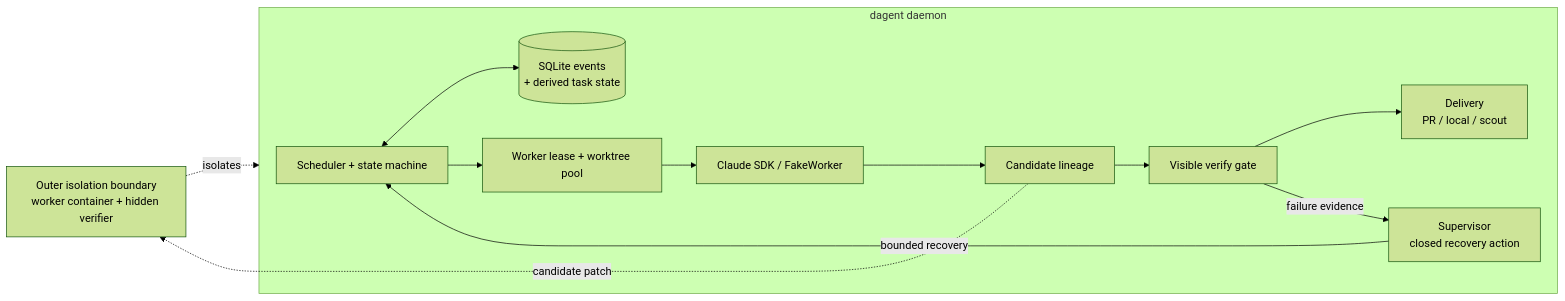
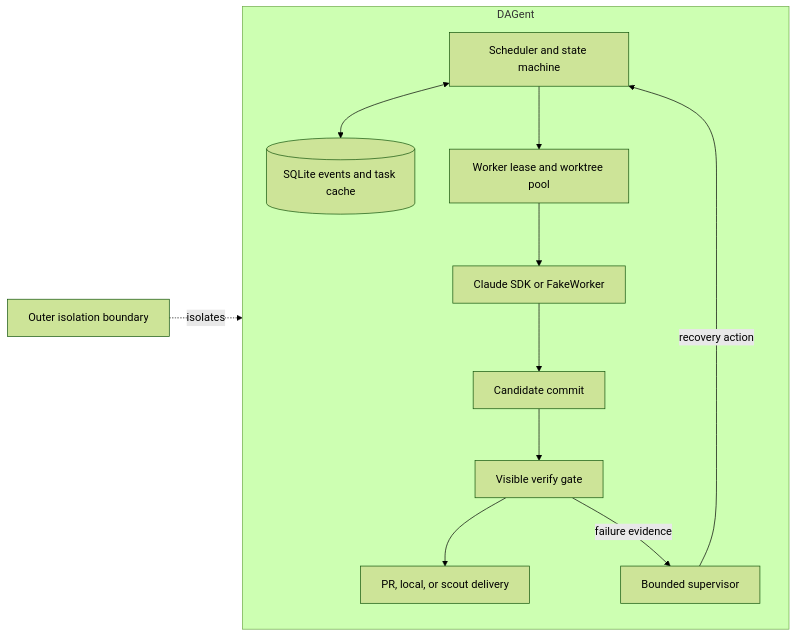
Before and after one commit to parkergurney/DAGent: the diagram in README.md, drawn with Mermaid (forest theme). The commit also changed other lines of this file and 1 other file, not shown here.

````diff
--- a/README.md
+++ b/README.md
@@ -140,22 +110,21 @@
 ```mermaid
 flowchart LR
-    H[Outer isolation boundary<br/>worker container + hidden verifier]
+    H[Outer isolation boundary]
 
-    subgraph O[dagent daemon]
-        S[Scheduler + state machine]
-        L[Worker lease + worktree pool]
-        W[Claude SDK / FakeWorker]
-        C[Candidate lineage]
+    subgraph O[DAGent]
+        S[Scheduler and state machine]
+        L[Worker lease and worktree pool]
+        W[Claude SDK or FakeWorker]
+        C[Candidate commit]
         V[Visible verify gate]
-        U[Supervisor<br/>closed recovery action]
-        D[Delivery<br/>PR / local / scout]
-        DB[(SQLite events<br/>+ derived task state)]
+        U[Bounded supervisor]
+        D[PR, local, or scout delivery]
+        DB[(SQLite events and task cache)]
 
         S <--> DB
         S --> L --> W --> C --> V --> D
-        V -->|failure evidence| U -->|bounded recovery| S
+        V -->|failure evidence| U -->|recovery action| S
     end
 
     H -. isolates .-> O
-    C -. candidate patch .-> H
 ```
````
